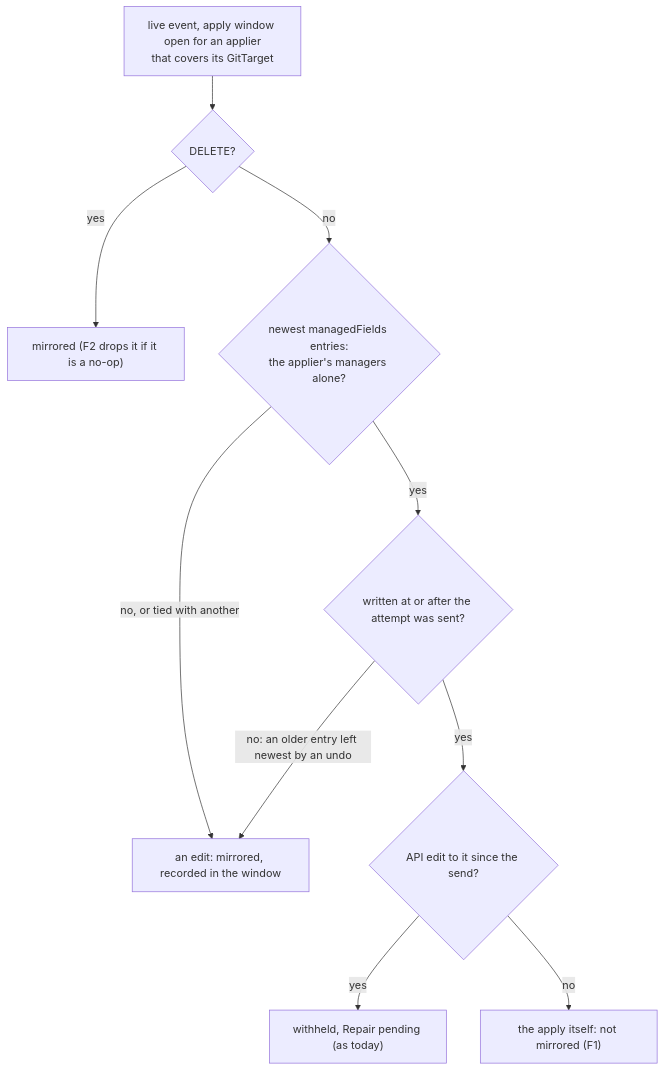
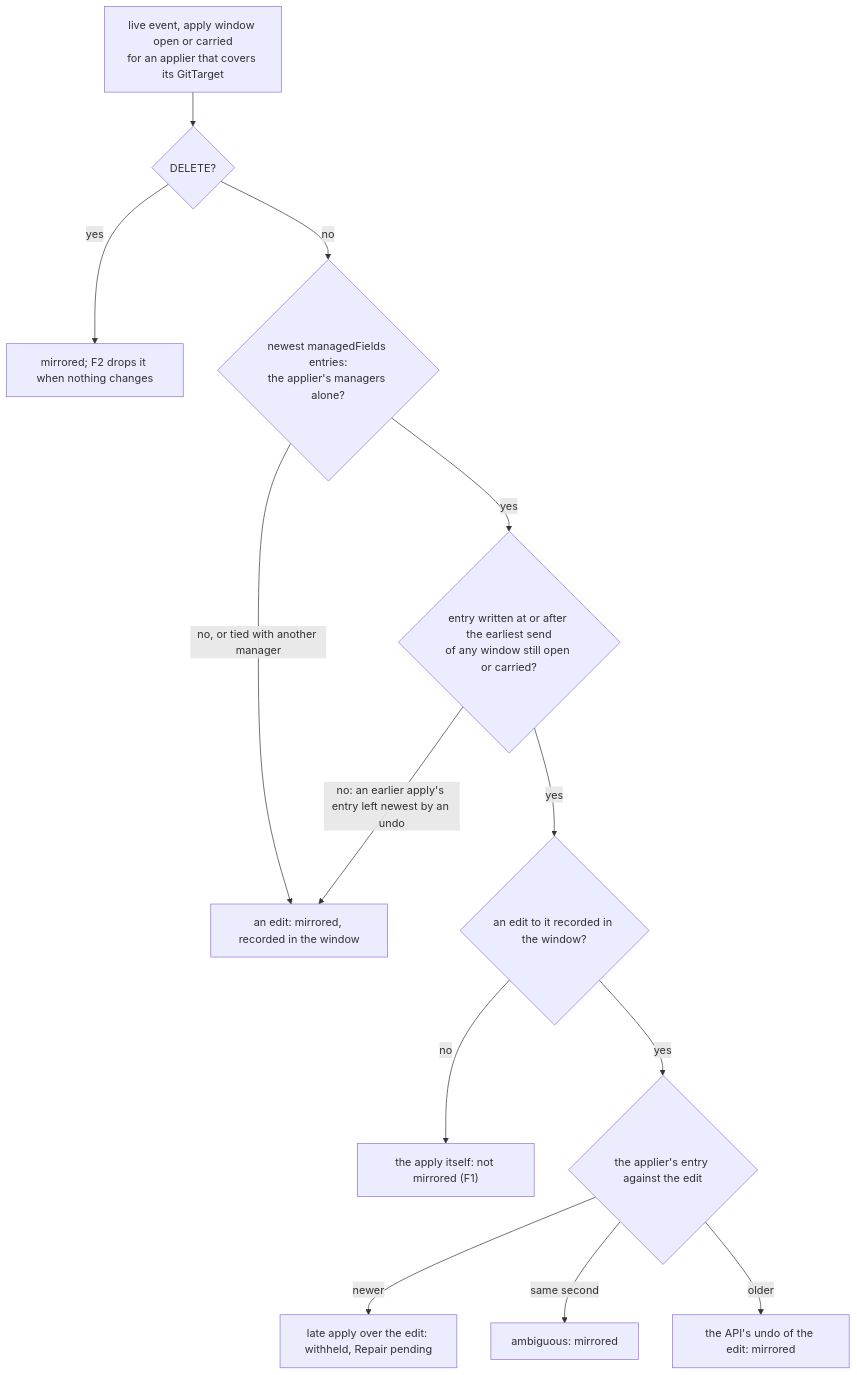
The second of 6 diagrams in docs/design/applier-echoes.md (ConfigButler/gitops-reverser), drawn with Mermaid before and after one commit. The commit also changed other lines of this file and 1 other file, not shown here.

First line of the commit message:
docs(design): close the gaps in the applier-echoes plan, and list its e2e scenarios

````diff
--- a/docs/design/applier-echoes.md
+++ b/docs/design/applier-echoes.md
@@ -155,12 +137,15 @@
 ```mermaid
 flowchart TD
-    E["live event, apply window open for an applier<br/>that covers its GitTarget"] --> D{"DELETE?"}
-    D -- yes --> M1["mirrored (F2 drops it if it is a no-op)"]
+    E["live event, apply window open or carried<br/>for an applier that covers its GitTarget"] --> D{"DELETE?"}
+    D -- yes --> M0["mirrored; F2 drops it when nothing changes"]
     D -- no --> A{"newest managedFields entries:<br/>the applier's managers alone?"}
-    A -- "no, or tied with another" --> M2["an edit: mirrored, recorded in the window"]
-    A -- yes --> S{"written at or after the attempt was sent?"}
-    S -- "no: an older entry left newest by an undo" --> M2
-    S -- yes --> ED{"API edit to it since the send?"}
-    ED -- yes --> WH["withheld, Repair pending (as today)"]
-    ED -- no --> NO["the apply itself: not mirrored (F1)"]
+    A -- "no, or tied with another manager" --> ED["an edit: mirrored, recorded in the window"]
+    A -- yes --> S{"entry written at or after the earliest send<br/>of any window still open or carried?"}
+    S -- "no: an earlier apply's entry left newest by an undo" --> ED
+    S -- yes --> R{"an edit to it recorded in the window?"}
+    R -- no --> NM["the apply itself: not mirrored (F1)"]
+    R -- yes --> C{"the applier's entry against the edit"}
+    C -- newer --> WH["late apply over the edit: withheld, Repair pending"]
+    C -- "same second" --> AM["ambiguous: mirrored"]
+    C -- older --> UN["the API's undo of the edit: mirrored"]
 ```
````
